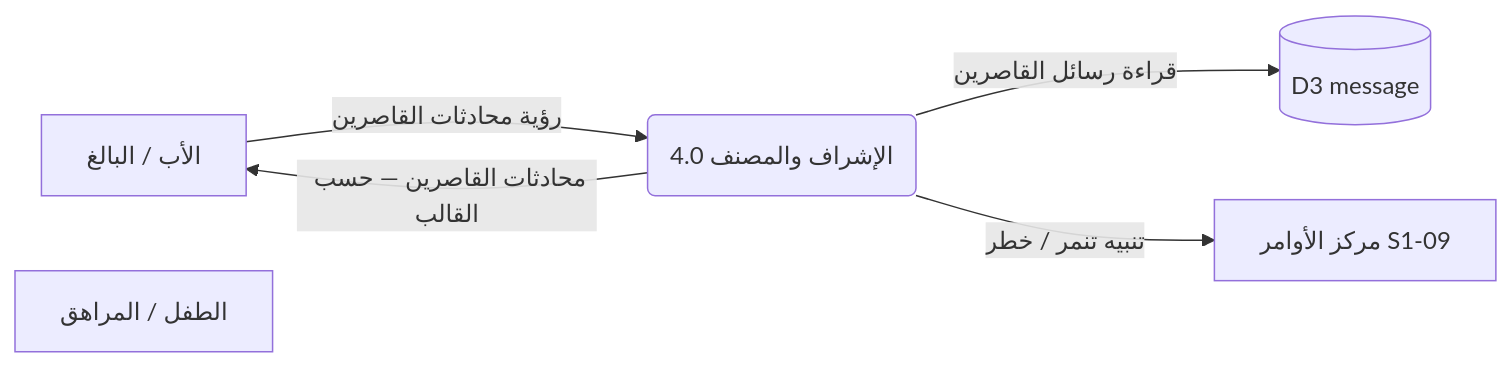
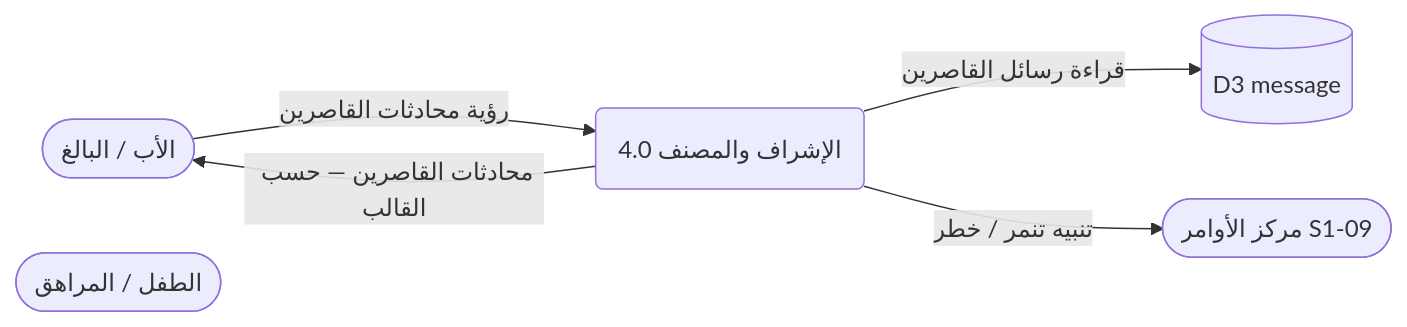
Before and after one commit to Bassam-mohammed-alqaeadi/family-os-v2: diagram 22 of 27 in docs/family-os/governance/phases/phase-1/S1-08-chat-basic/DIAGRAMS.md, drawn with Mermaid. The commit also changed other lines of this file, not shown here.

````diff
--- a/docs/family-os/governance/phases/phase-1/S1-08-chat-basic/DIAGRAMS.md
+++ b/docs/family-os/governance/phases/phase-1/S1-08-chat-basic/DIAGRAMS.md
@@ -814,13 +816,13 @@
 ```mermaid
 flowchart LR
-    Father[الأب / البالغ]
-    Minor[الطفل / المراهق]
-    S109[مركز الأوامر S1-09]
+    Father([الأب / البالغ])
+    Minor([الطفل / المراهق])
+    S109([مركز الأوامر S1-09])
     P4(4.0 الإشراف والمصنف)
     D3[(D3 message)]
 
     P4 -->|قراءة رسائل القاصرين| D3
     P4 -->|تنبيه تنمر / خطر| S109
     Father -->|رؤية محادثات القاصرين| P4
     P4 -->|محادثات القاصرين — حسب القالب| Father
 ```
````
